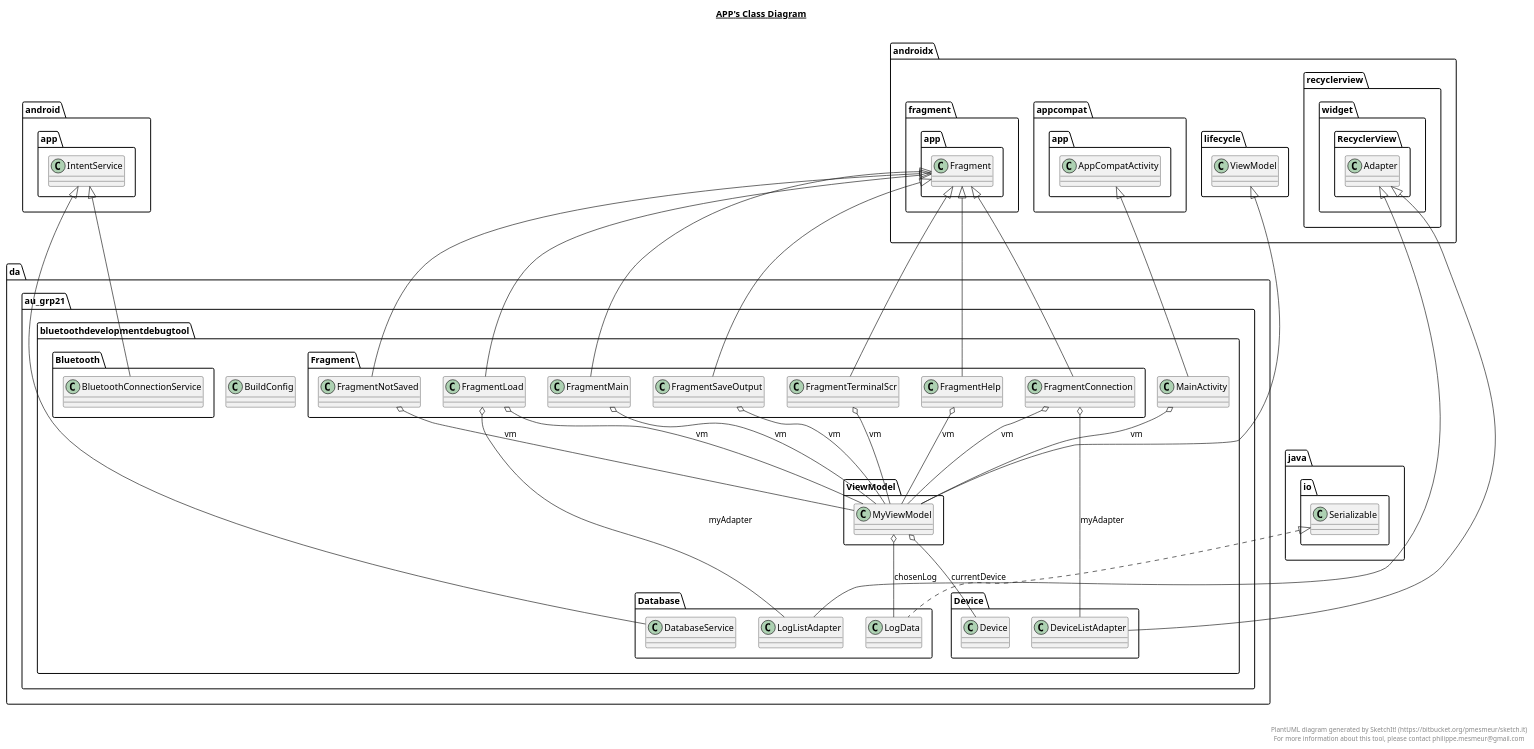
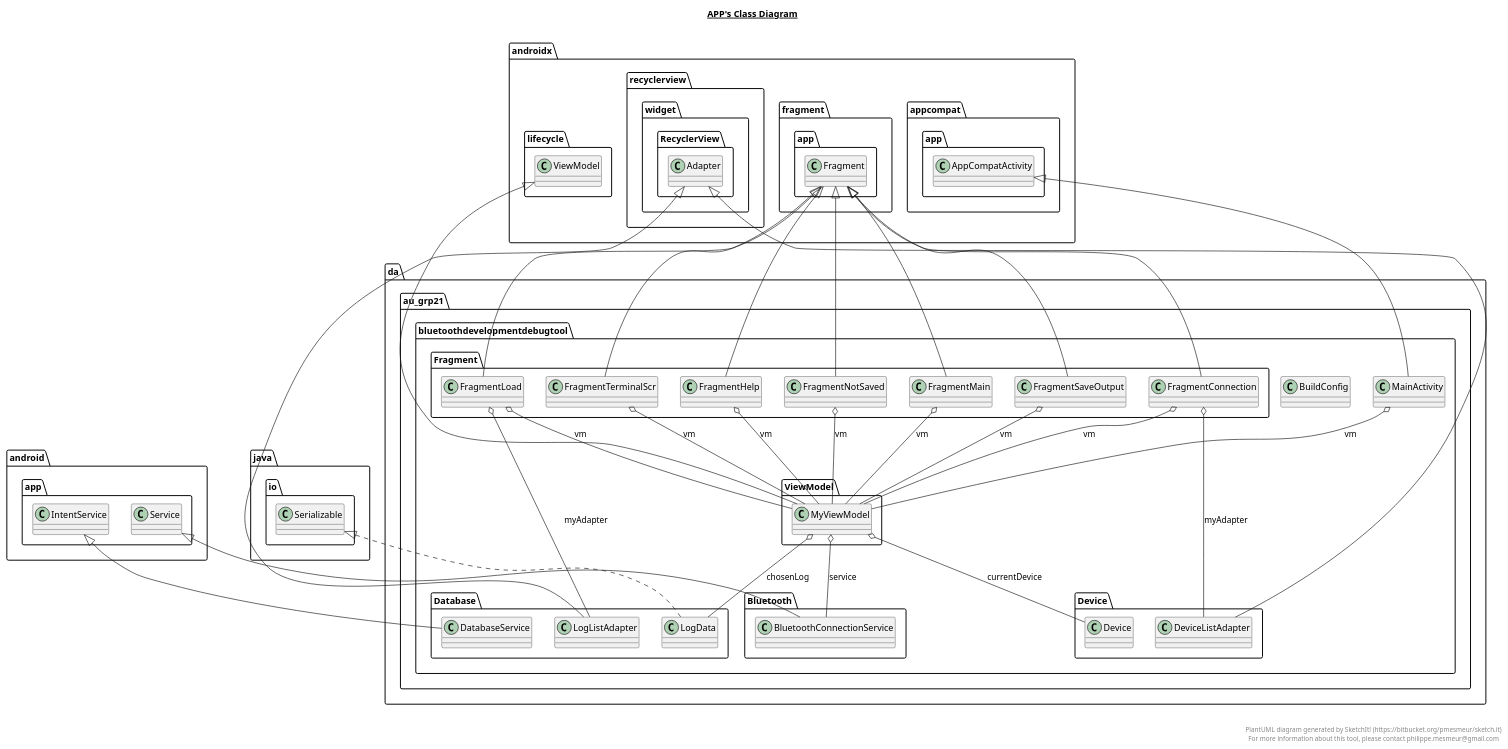
Before and after one commit to Tokelu/Bluetooth-Development-Debug-Tool: the diagram in app/app.plantuml, drawn with PlantUML. The commit also changed 7 other files, not shown here.

```diff
--- a/app/app.plantuml
+++ b/app/app.plantuml
@@ -1,168 +1,169 @@
 @startuml
 
 title __APP's Class Diagram__\n
 
   namespace da.au_grp21.bluetoothdevelopmentdebugtool {
     namespace Bluetooth {
       class da.au_grp21.bluetoothdevelopmentdebugtool.Bluetooth.BluetoothConnectionService {
       }
     }
   }
   
 
   namespace da.au_grp21.bluetoothdevelopmentdebugtool {
     class da.au_grp21.bluetoothdevelopmentdebugtool.BuildConfig {
     }
   }
   
 
   namespace da.au_grp21.bluetoothdevelopmentdebugtool {
     namespace Database {
       class da.au_grp21.bluetoothdevelopmentdebugtool.Database.DatabaseService {
       }
     }
   }
   
 
   namespace da.au_grp21.bluetoothdevelopmentdebugtool {
     namespace Database {
       class da.au_grp21.bluetoothdevelopmentdebugtool.Database.LogData {
       }
     }
   }
   
 
   namespace da.au_grp21.bluetoothdevelopmentdebugtool {
     namespace Database {
       class da.au_grp21.bluetoothdevelopmentdebugtool.Database.LogListAdapter {
       }
     }
   }
   
 
   namespace da.au_grp21.bluetoothdevelopmentdebugtool {
     namespace Device {
       class da.au_grp21.bluetoothdevelopmentdebugtool.Device.Device {
       }
     }
   }
   
 
   namespace da.au_grp21.bluetoothdevelopmentdebugtool {
     namespace Device {
       class da.au_grp21.bluetoothdevelopmentdebugtool.Device.DeviceListAdapter {
       }
     }
   }
   
 
   namespace da.au_grp21.bluetoothdevelopmentdebugtool {
     namespace Fragment {
       class da.au_grp21.bluetoothdevelopmentdebugtool.Fragment.FragmentConnection {
       }
     }
   }
   
 
   namespace da.au_grp21.bluetoothdevelopmentdebugtool {
     namespace Fragment {
       class da.au_grp21.bluetoothdevelopmentdebugtool.Fragment.FragmentHelp {
       }
     }
   }
   
 
   namespace da.au_grp21.bluetoothdevelopmentdebugtool {
     namespace Fragment {
       class da.au_grp21.bluetoothdevelopmentdebugtool.Fragment.FragmentLoad {
       }
     }
   }
   
 
   namespace da.au_grp21.bluetoothdevelopmentdebugtool {
     namespace Fragment {
       class da.au_grp21.bluetoothdevelopmentdebugtool.Fragment.FragmentMain {
       }
     }
   }
   
 
   namespace da.au_grp21.bluetoothdevelopmentdebugtool {
     namespace Fragment {
       class da.au_grp21.bluetoothdevelopmentdebugtool.Fragment.FragmentNotSaved {
       }
     }
   }
   
 
   namespace da.au_grp21.bluetoothdevelopmentdebugtool {
     namespace Fragment {
       class da.au_grp21.bluetoothdevelopmentdebugtool.Fragment.FragmentSaveOutput {
       }
     }
   }
   
 
   namespace da.au_grp21.bluetoothdevelopmentdebugtool {
     namespace Fragment {
       class da.au_grp21.bluetoothdevelopmentdebugtool.Fragment.FragmentTerminalScr {
       }
     }
   }
   
 
   namespace da.au_grp21.bluetoothdevelopmentdebugtool {
     class da.au_grp21.bluetoothdevelopmentdebugtool.MainActivity {
     }
   }
   
 
   namespace da.au_grp21.bluetoothdevelopmentdebugtool {
     namespace ViewModel {
       class da.au_grp21.bluetoothdevelopmentdebugtool.ViewModel.MyViewModel {
       }
     }
   }
   
 
-  da.au_grp21.bluetoothdevelopmentdebugtool.Bluetooth.BluetoothConnectionService -up-|> android.app.IntentService
+  da.au_grp21.bluetoothdevelopmentdebugtool.Bluetooth.BluetoothConnectionService -up-|> android.app.Service
   da.au_grp21.bluetoothdevelopmentdebugtool.Database.DatabaseService -up-|> android.app.IntentService
   da.au_grp21.bluetoothdevelopmentdebugtool.Database.LogData .up.|> java.io.Serializable
   da.au_grp21.bluetoothdevelopmentdebugtool.Database.LogListAdapter -up-|> androidx.recyclerview.widget.RecyclerView.Adapter
   da.au_grp21.bluetoothdevelopmentdebugtool.Database.LogListAdapter o-- da.au_grp21.bluetoothdevelopmentdebugtool.Database.LogListAdapter.OnItemClickListener : clickListener
   da.au_grp21.bluetoothdevelopmentdebugtool.Database.LogListAdapter o-- da.au_grp21.bluetoothdevelopmentdebugtool.Database.LogListAdapter.OnItemLongClickListner : longClickListner
   da.au_grp21.bluetoothdevelopmentdebugtool.Device.DeviceListAdapter -up-|> androidx.recyclerview.widget.RecyclerView.Adapter
   da.au_grp21.bluetoothdevelopmentdebugtool.Device.DeviceListAdapter o-- da.au_grp21.bluetoothdevelopmentdebugtool.Device.DeviceListAdapter.OnItemClickListener : clickListener
   da.au_grp21.bluetoothdevelopmentdebugtool.Device.DeviceListAdapter o-- da.au_grp21.bluetoothdevelopmentdebugtool.Device.DeviceListAdapter.OnItemLongClickListner : longClickListner
   da.au_grp21.bluetoothdevelopmentdebugtool.Fragment.FragmentConnection -up-|> androidx.fragment.app.Fragment
   da.au_grp21.bluetoothdevelopmentdebugtool.Fragment.FragmentConnection o-- da.au_grp21.bluetoothdevelopmentdebugtool.Device.DeviceListAdapter : myAdapter
   da.au_grp21.bluetoothdevelopmentdebugtool.Fragment.FragmentConnection o-- da.au_grp21.bluetoothdevelopmentdebugtool.ViewModel.MyViewModel : vm
   da.au_grp21.bluetoothdevelopmentdebugtool.Fragment.FragmentHelp -up-|> androidx.fragment.app.Fragment
   da.au_grp21.bluetoothdevelopmentdebugtool.Fragment.FragmentHelp o-- da.au_grp21.bluetoothdevelopmentdebugtool.ViewModel.MyViewModel : vm
   da.au_grp21.bluetoothdevelopmentdebugtool.Fragment.FragmentLoad -up-|> androidx.fragment.app.Fragment
   da.au_grp21.bluetoothdevelopmentdebugtool.Fragment.FragmentLoad o-- da.au_grp21.bluetoothdevelopmentdebugtool.Database.LogListAdapter : myAdapter
   da.au_grp21.bluetoothdevelopmentdebugtool.Fragment.FragmentLoad o-- da.au_grp21.bluetoothdevelopmentdebugtool.ViewModel.MyViewModel : vm
   da.au_grp21.bluetoothdevelopmentdebugtool.Fragment.FragmentMain -up-|> androidx.fragment.app.Fragment
   da.au_grp21.bluetoothdevelopmentdebugtool.Fragment.FragmentMain o-- da.au_grp21.bluetoothdevelopmentdebugtool.ViewModel.MyViewModel : vm
   da.au_grp21.bluetoothdevelopmentdebugtool.Fragment.FragmentNotSaved -up-|> androidx.fragment.app.Fragment
   da.au_grp21.bluetoothdevelopmentdebugtool.Fragment.FragmentNotSaved o-- da.au_grp21.bluetoothdevelopmentdebugtool.ViewModel.MyViewModel : vm
   da.au_grp21.bluetoothdevelopmentdebugtool.Fragment.FragmentSaveOutput -up-|> androidx.fragment.app.Fragment
   da.au_grp21.bluetoothdevelopmentdebugtool.Fragment.FragmentSaveOutput o-- da.au_grp21.bluetoothdevelopmentdebugtool.ViewModel.MyViewModel : vm
   da.au_grp21.bluetoothdevelopmentdebugtool.Fragment.FragmentTerminalScr -up-|> androidx.fragment.app.Fragment
   da.au_grp21.bluetoothdevelopmentdebugtool.Fragment.FragmentTerminalScr o-- da.au_grp21.bluetoothdevelopmentdebugtool.ViewModel.MyViewModel : vm
   da.au_grp21.bluetoothdevelopmentdebugtool.MainActivity -up-|> androidx.appcompat.app.AppCompatActivity
   da.au_grp21.bluetoothdevelopmentdebugtool.MainActivity o-- da.au_grp21.bluetoothdevelopmentdebugtool.ViewModel.MyViewModel : vm
   da.au_grp21.bluetoothdevelopmentdebugtool.ViewModel.MyViewModel -up-|> androidx.lifecycle.ViewModel
+  da.au_grp21.bluetoothdevelopmentdebugtool.ViewModel.MyViewModel o-- da.au_grp21.bluetoothdevelopmentdebugtool.Bluetooth.BluetoothConnectionService : service
   da.au_grp21.bluetoothdevelopmentdebugtool.ViewModel.MyViewModel o-- da.au_grp21.bluetoothdevelopmentdebugtool.Database.LogData : chosenLog
   da.au_grp21.bluetoothdevelopmentdebugtool.ViewModel.MyViewModel o-- da.au_grp21.bluetoothdevelopmentdebugtool.Device.Device : currentDevice
 
 
 right footer
 
 
 PlantUML diagram generated by SketchIt! (https://bitbucket.org/pmesmeur/sketch.it)
 For more information about this tool, please contact philippe.mesmeur@gmail.com
 endfooter
 
 @enduml
```
